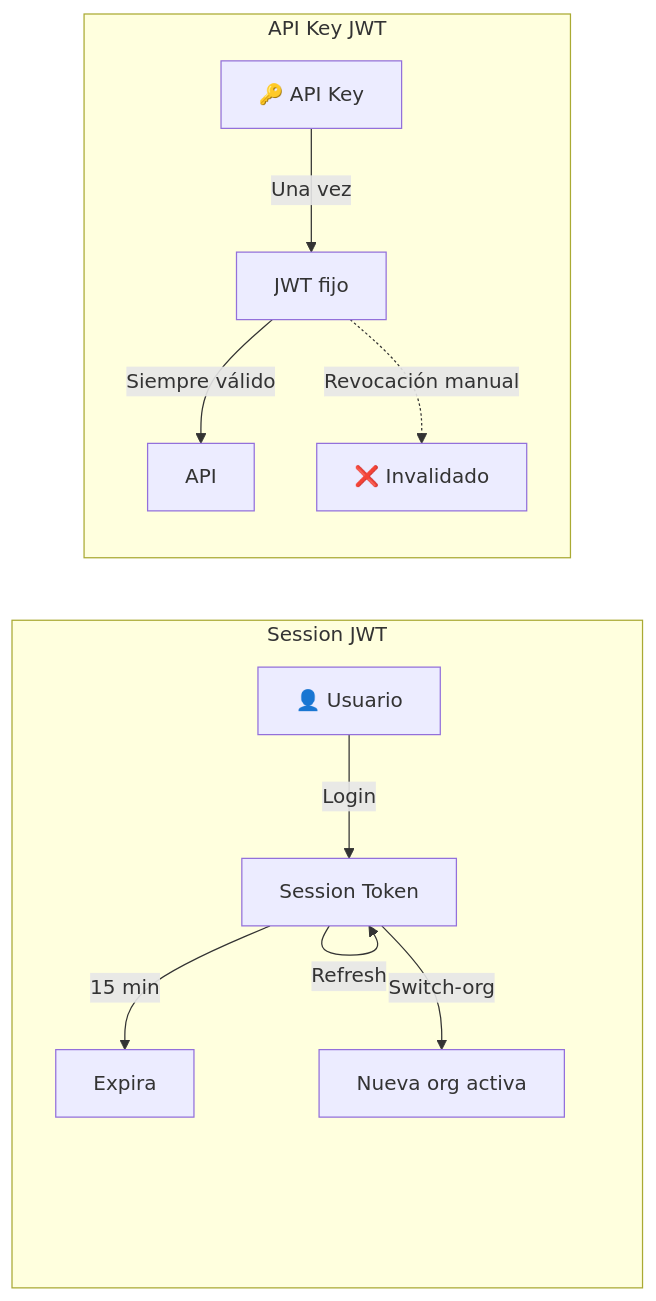
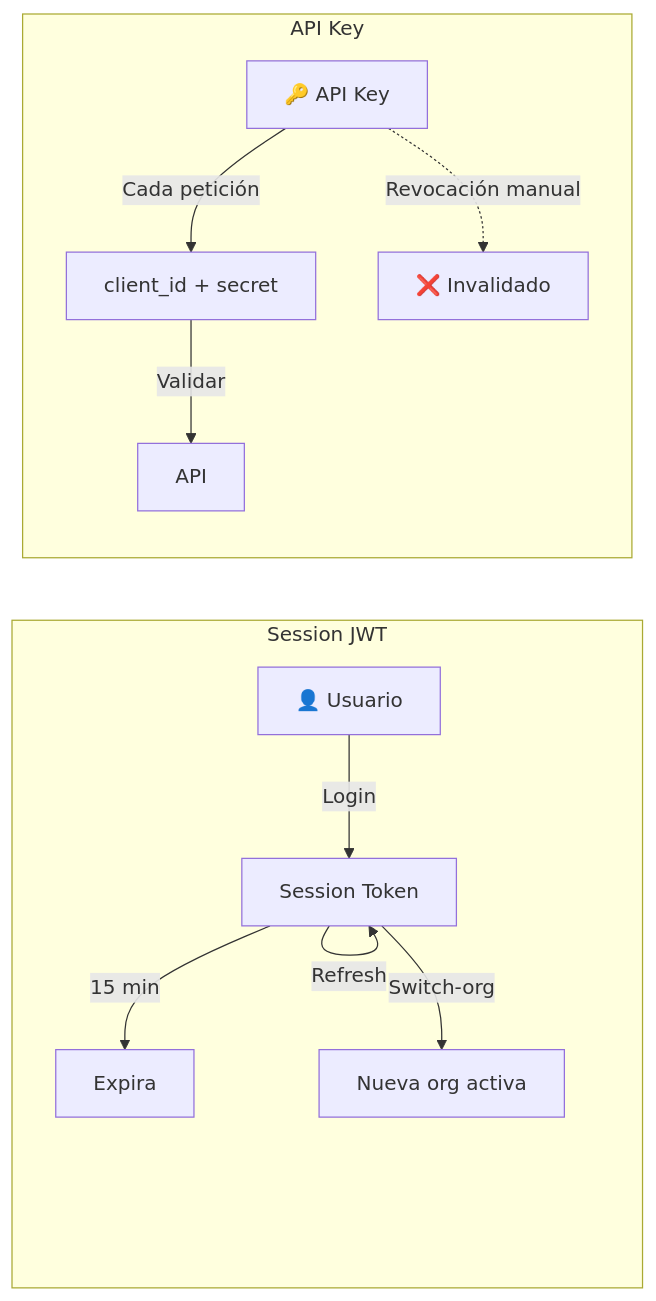
The first of 4 diagrams in docs/flujos/05-api-keys.md (msaavedra1985/EC.DATA-API-V2), drawn with Mermaid before and after one commit. The commit also changed other lines of this file and 2 other files, not shown here.

````diff
--- a/docs/flujos/05-api-keys.md
+++ b/docs/flujos/05-api-keys.md
@@ -33,15 +33,15 @@
 ```mermaid
 flowchart LR
     subgraph Session JWT
         U[👤 Usuario] -->|Login| S[Session Token]
         S -->|15 min| EXP[Expira]
         S -->|Refresh| S
         S -->|Switch-org| S2[Nueva org activa]
     end
     
-    subgraph API Key JWT
-        AK[🔑 API Key] -->|Una vez| JWT[JWT fijo]
-        JWT -->|Siempre válido| API[API]
-        JWT -.->|Revocación manual| REV[❌ Invalidado]
+    subgraph API Key
+        AK[🔑 API Key] -->|Cada petición| CREDS[client_id + secret]
+        CREDS -->|Validar| API[API]
+        AK -.->|Revocación manual| REV[❌ Invalidado]
     end
 ```
````
